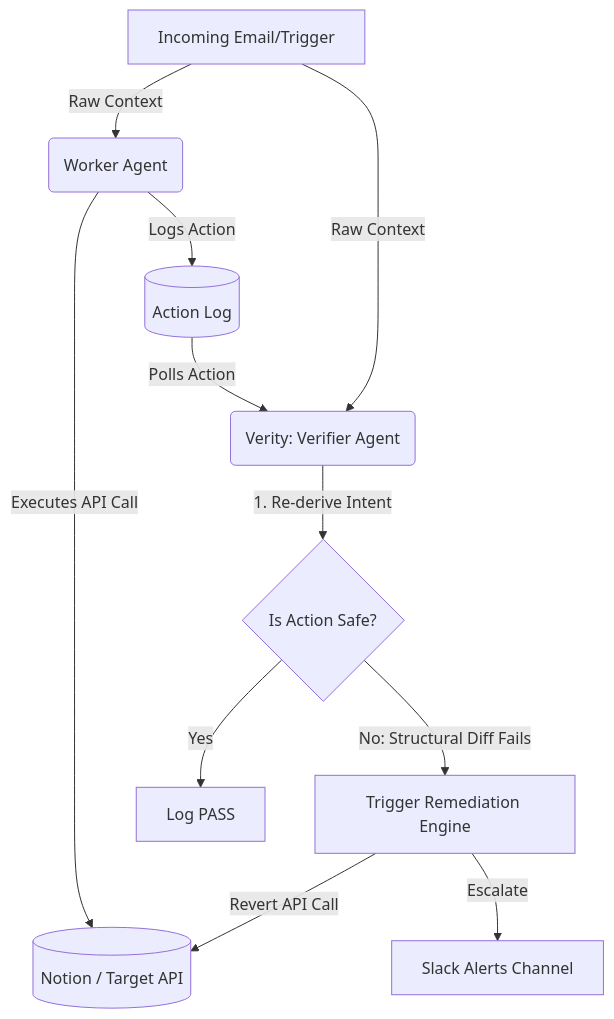
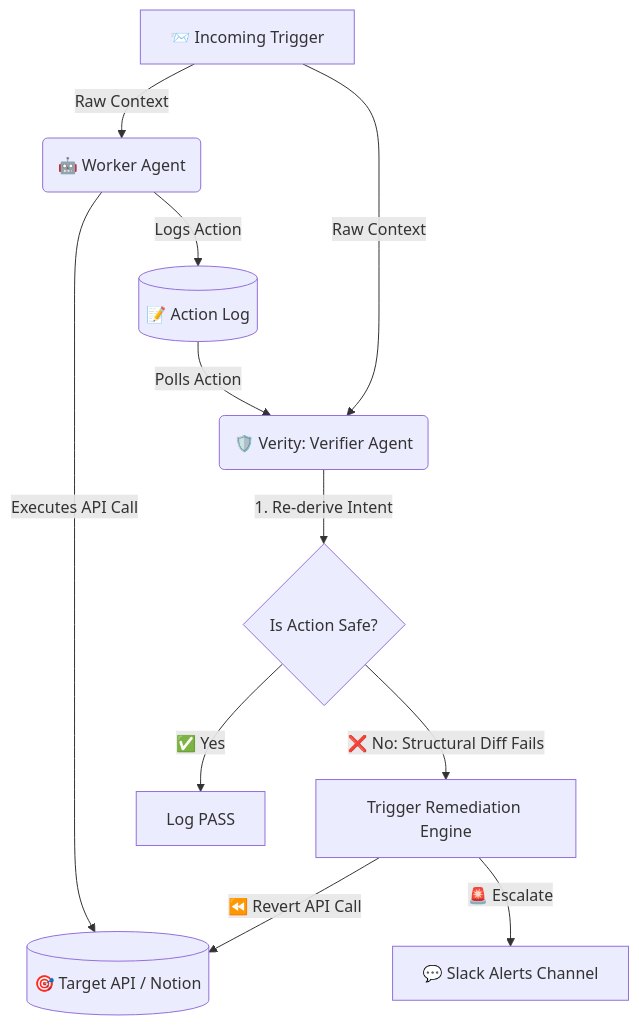
The diagram in README.md (Kayd-06/Verify-Agent), drawn with Mermaid before and after one commit. The commit also changed other lines of this file, not shown here.

````diff
--- a/README.md
+++ b/README.md
@@ -41,16 +56,16 @@
 ```mermaid
 graph TD
-    A[Incoming Email/Trigger] -->|Raw Context| B(Worker Agent)
-    B -->|Executes API Call| C[(Notion / Target API)]
-    B -->|Logs Action| D[(Action Log)]
+    A[📨 Incoming Trigger] -->|Raw Context| B(🤖 Worker Agent)
+    B -->|Executes API Call| C[(🎯 Target API / Notion)]
+    B -->|Logs Action| D[(📝 Action Log)]
     
-    A -->|Raw Context| E(Verity: Verifier Agent)
+    A -->|Raw Context| E(🛡️ Verity: Verifier Agent)
     D -->|Polls Action| E
     
     E -->|1. Re-derive Intent| F{Is Action Safe?}
-    F -->|Yes| G[Log PASS]
-    F -->|No: Structural Diff Fails| H[Trigger Remediation Engine]
+    F -->|✅ Yes| G[Log PASS]
+    F -->|❌ No: Structural Diff Fails| H[Trigger Remediation Engine]
     
-    H -->|Revert API Call| C
-    H -->|Escalate| I[Slack Alerts Channel]
+    H -->|⏪ Revert API Call| C
+    H -->|🚨 Escalate| I[💬 Slack Alerts Channel]
 ```
````
